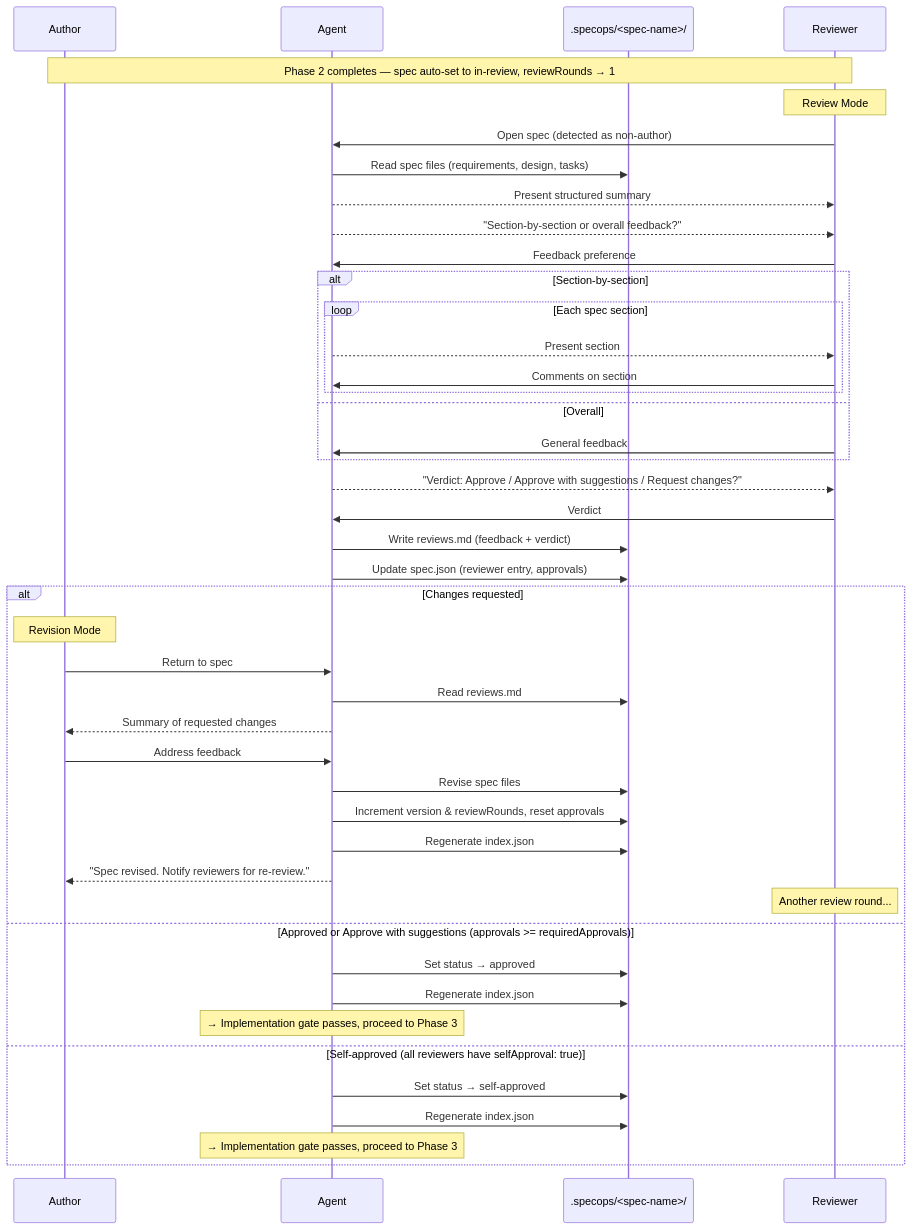
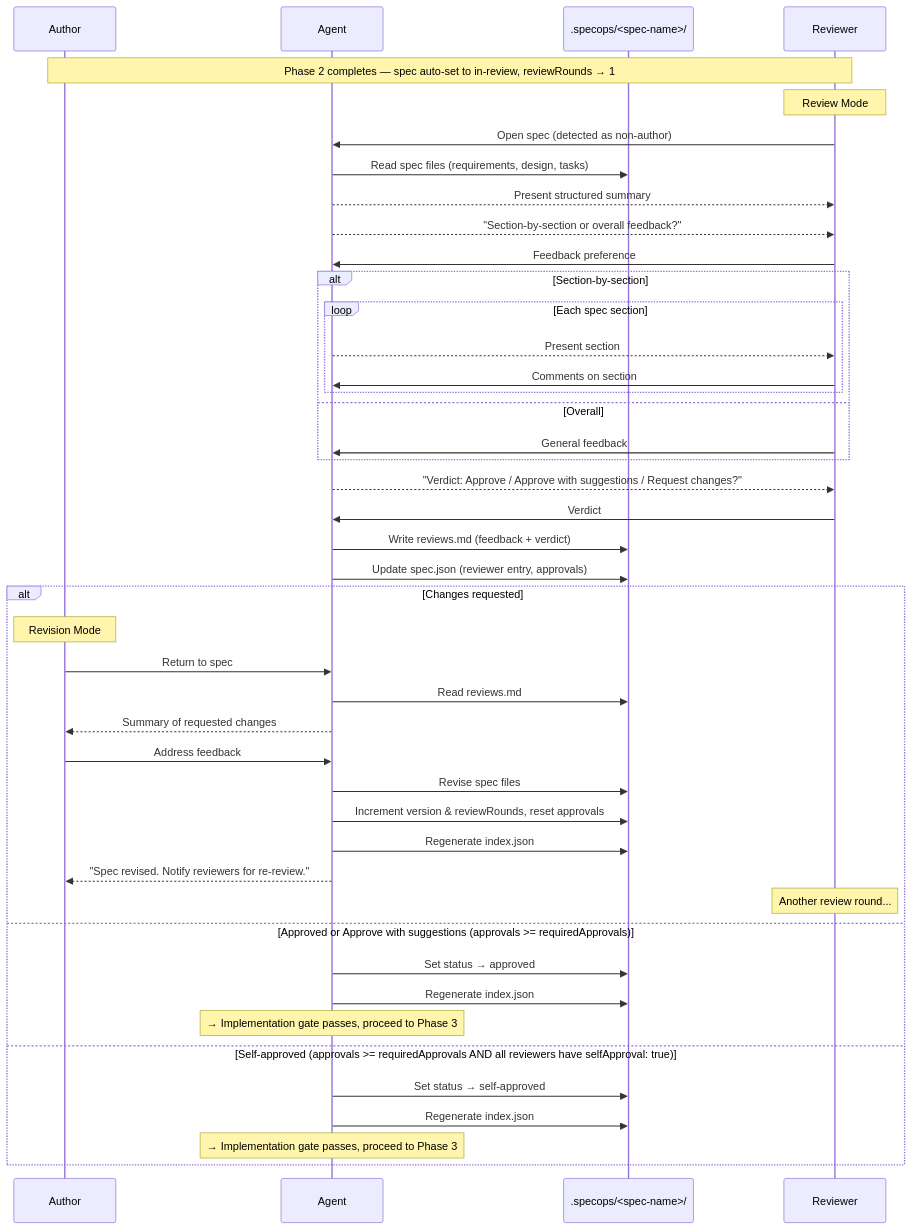
Before and after one commit to sanmak/specops: the third of 8 diagrams in docs/DIAGRAMS.md, drawn with Mermaid. The commit also changed other lines of this file and 11 other files, not shown here.

First line of the commit message:
fix: address PR #14 review comments — dead code, portability, grammar, heuristic, diagrams

````diff
--- a/docs/DIAGRAMS.md
+++ b/docs/DIAGRAMS.md
@@ -158,53 +158,53 @@
 ```mermaid
 sequenceDiagram
     participant Author
     participant A as Agent
     participant S as .specops/<spec-name>/
     participant Reviewer
 
     Note over Author,Reviewer: Phase 2 completes — spec auto-set to in-review, reviewRounds → 1
 
     Note over Reviewer: Review Mode
 
     Reviewer->>A: Open spec (detected as non-author)
     A->>S: Read spec files (requirements, design, tasks)
     A-->>Reviewer: Present structured summary
     A-->>Reviewer: "Section-by-section or overall feedback?"
     Reviewer->>A: Feedback preference
 
     alt Section-by-section
         loop Each spec section
             A-->>Reviewer: Present section
             Reviewer->>A: Comments on section
         end
     else Overall
         Reviewer->>A: General feedback
     end
 
     A-->>Reviewer: "Verdict: Approve / Approve with suggestions / Request changes?"
     Reviewer->>A: Verdict
 
     A->>S: Write reviews.md (feedback + verdict)
     A->>S: Update spec.json (reviewer entry, approvals)
 
     alt Changes requested
         Note over Author: Revision Mode
         Author->>A: Return to spec
         A->>S: Read reviews.md
         A-->>Author: Summary of requested changes
         Author->>A: Address feedback
         A->>S: Revise spec files
         A->>S: Increment version & reviewRounds, reset approvals
         A->>S: Regenerate index.json
         A-->>Author: "Spec revised. Notify reviewers for re-review."
         Note over Reviewer: Another review round...
     else Approved or Approve with suggestions (approvals >= requiredApprovals)
         A->>S: Set status → approved
         A->>S: Regenerate index.json
         Note over A: → Implementation gate passes, proceed to Phase 3
-    else Self-approved (all reviewers have selfApproval: true)
+    else Self-approved (approvals >= requiredApprovals AND all reviewers have selfApproval: true)
         A->>S: Set status → self-approved
         A->>S: Regenerate index.json
         Note over A: → Implementation gate passes, proceed to Phase 3
     end
 ```
````
